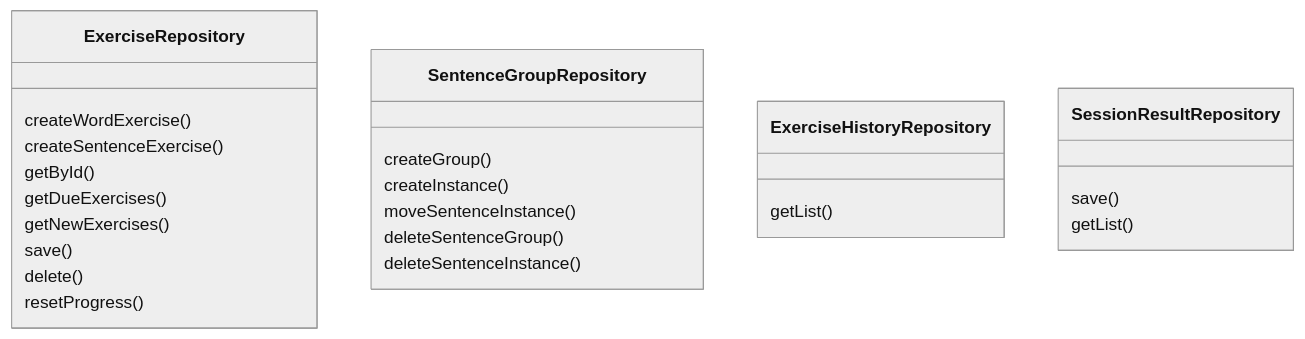
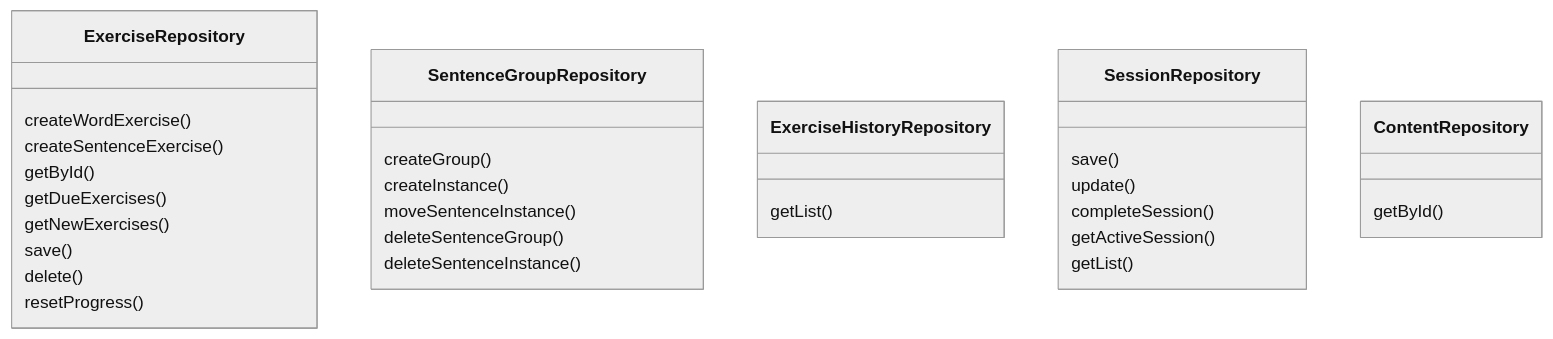
The second of 3 diagrams in docs/architecture/persistence_layer/repositories.md (Antoine-Lagache/psitta), drawn with Mermaid (neutral theme) before and after one commit. The commit also changed other lines of this file and 6 other files, not shown here.

Commit message:
Update architecture documentation

````diff
--- a/docs/architecture/persistence_layer/repositories.md
+++ b/docs/architecture/persistence_layer/repositories.md
@@ -46,31 +46,38 @@
 ```mermaid
 classDiagram
 
     class ExerciseRepository {
         createWordExercise()
         createSentenceExercise()
         getById()
         getDueExercises()
         getNewExercises()
         save()
         delete()
         resetProgress()
     }
 
     class SentenceGroupRepository {
         createGroup()
         createInstance()
         moveSentenceInstance()
         deleteSentenceGroup()
         deleteSentenceInstance()
     }
 
     class ExerciseHistoryRepository {
         getList()
     }
 
-    class SessionResultRepository {
+    class SessionRepository {
         save()
+        update()
+        completeSession()
+        getActiveSession()
         getList()
     }
+
+    class ContentRepository {
+        getById()
+    }
 ```
````
